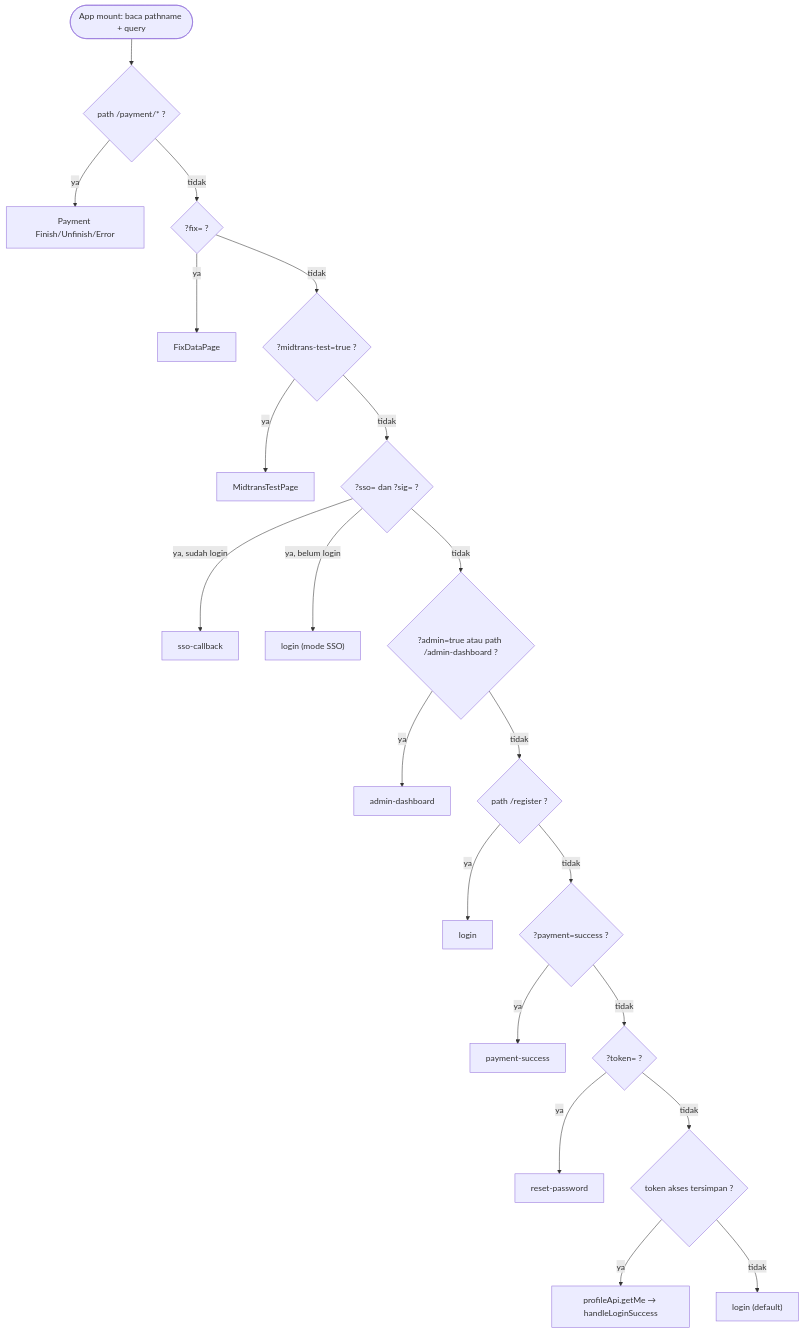
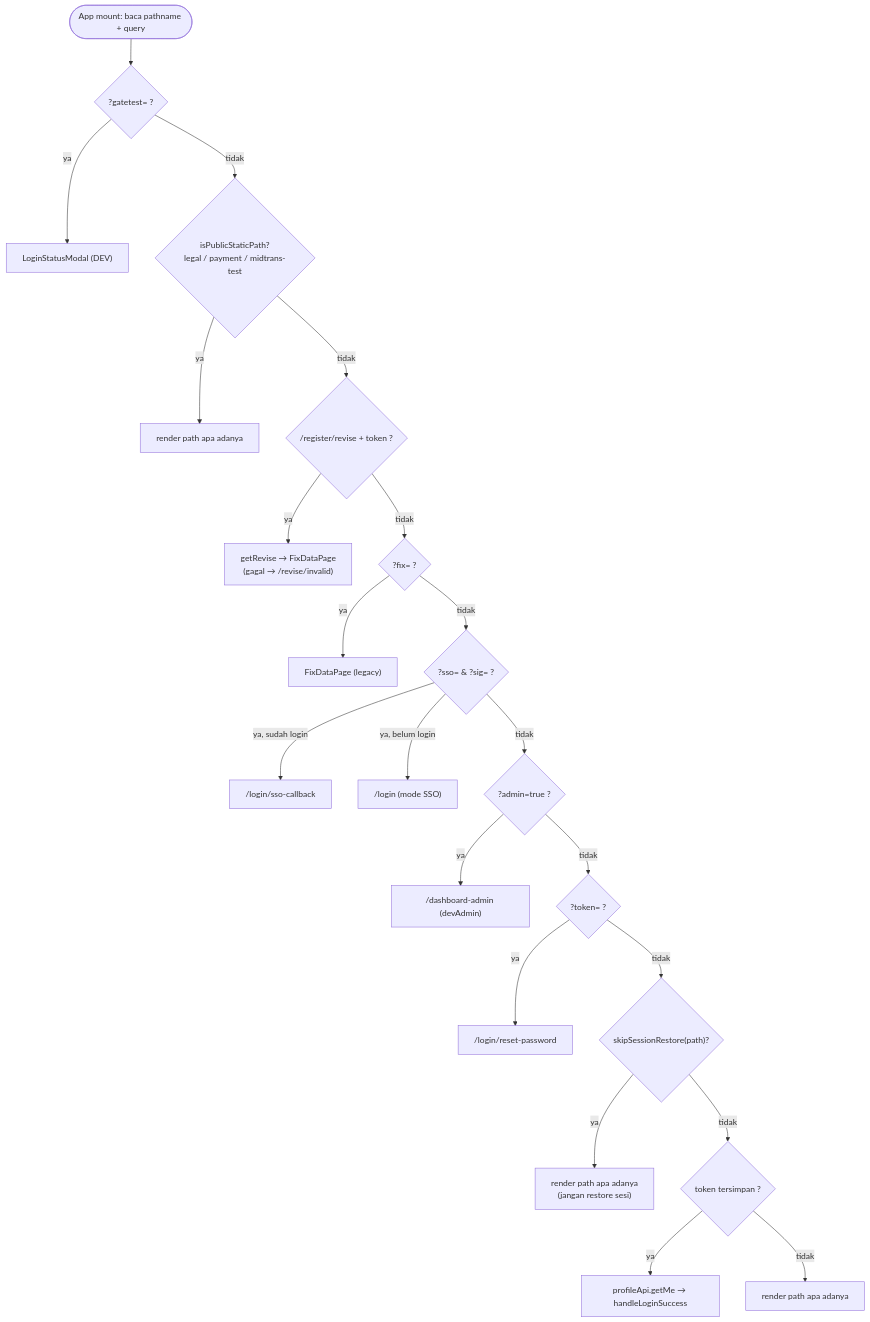
One commit to Digital-Gasing-Edukasi/Gasing-Sarang-Login-Dashboard changed the first of 2 diagrams in ARCHITECTURE.md. Above: the diagram before and after it, drawn with Mermaid. The commit also changed other lines of this file and 106 other files, not shown here.

````diff
--- a/ARCHITECTURE.md
+++ b/ARCHITECTURE.md
@@ -124,23 +164,23 @@
 ```mermaid
 flowchart TD
-    Boot(["App mount: baca pathname + query"]) --> P1{"path /payment/* ?"}
-    P1 -->|ya| PG["Payment Finish/Unfinish/Error"]
+    Boot(["App mount: baca pathname + query"]) --> G{"?gatetest= ?"}
+    G -->|ya| GM2["LoginStatusModal (DEV)"]
+    G -->|tidak| P0{"isPublicStaticPath?<br/>legal / payment / midtrans-test"}
+    P0 -->|ya| RENDER["render path apa adanya"]
+    P0 -->|tidak| P1{"/register/revise + token ?"}
+    P1 -->|ya| RV["getRevise → FixDataPage<br/>(gagal → /revise/invalid)"]
     P1 -->|tidak| P2{"?fix= ?"}
-    P2 -->|ya| FX["FixDataPage"]
-    P2 -->|tidak| P3{"?midtrans-test=true ?"}
-    P3 -->|ya| MT["MidtransTestPage"]
-    P3 -->|tidak| P4{"?sso= dan ?sig= ?"}
-    P4 -->|"ya, sudah login"| SSO["sso-callback"]
-    P4 -->|"ya, belum login"| LG1["login (mode SSO)"]
-    P4 -->|tidak| P5{"?admin=true atau path /admin-dashboard ?"}
-    P5 -->|ya| AD["admin-dashboard"]
-    P5 -->|tidak| P6{"path /register ?"}
-    P6 -->|ya| LG2["login"]
-    P6 -->|tidak| P7{"?payment=success ?"}
-    P7 -->|ya| PS["payment-success"]
-    P7 -->|tidak| P8{"?token= ?"}
-    P8 -->|ya| RP["reset-password"]
-    P8 -->|tidak| P9{"token akses tersimpan ?"}
-    P9 -->|ya| GM["profileApi.getMe → handleLoginSuccess"]
-    P9 -->|tidak| LG3["login (default)"]
+    P2 -->|ya| FX["FixDataPage (legacy)"]
+    P2 -->|tidak| P3{"?sso= & ?sig= ?"}
+    P3 -->|"ya, sudah login"| SSO["/login/sso-callback"]
+    P3 -->|"ya, belum login"| LG1["/login (mode SSO)"]
+    P3 -->|tidak| P4{"?admin=true ?"}
+    P4 -->|ya| AD["/dashboard-admin (devAdmin)"]
+    P4 -->|tidak| P5{"?token= ?"}
+    P5 -->|ya| RP["/login/reset-password"]
+    P5 -->|tidak| P6{"skipSessionRestore(path)?"}
+    P6 -->|ya| KEEP["render path apa adanya<br/>(jangan restore sesi)"]
+    P6 -->|tidak| P7{"token tersimpan ?"}
+    P7 -->|ya| GM["profileApi.getMe → handleLoginSuccess"]
+    P7 -->|tidak| KEEP2["render path apa adanya"]
 ```
````
